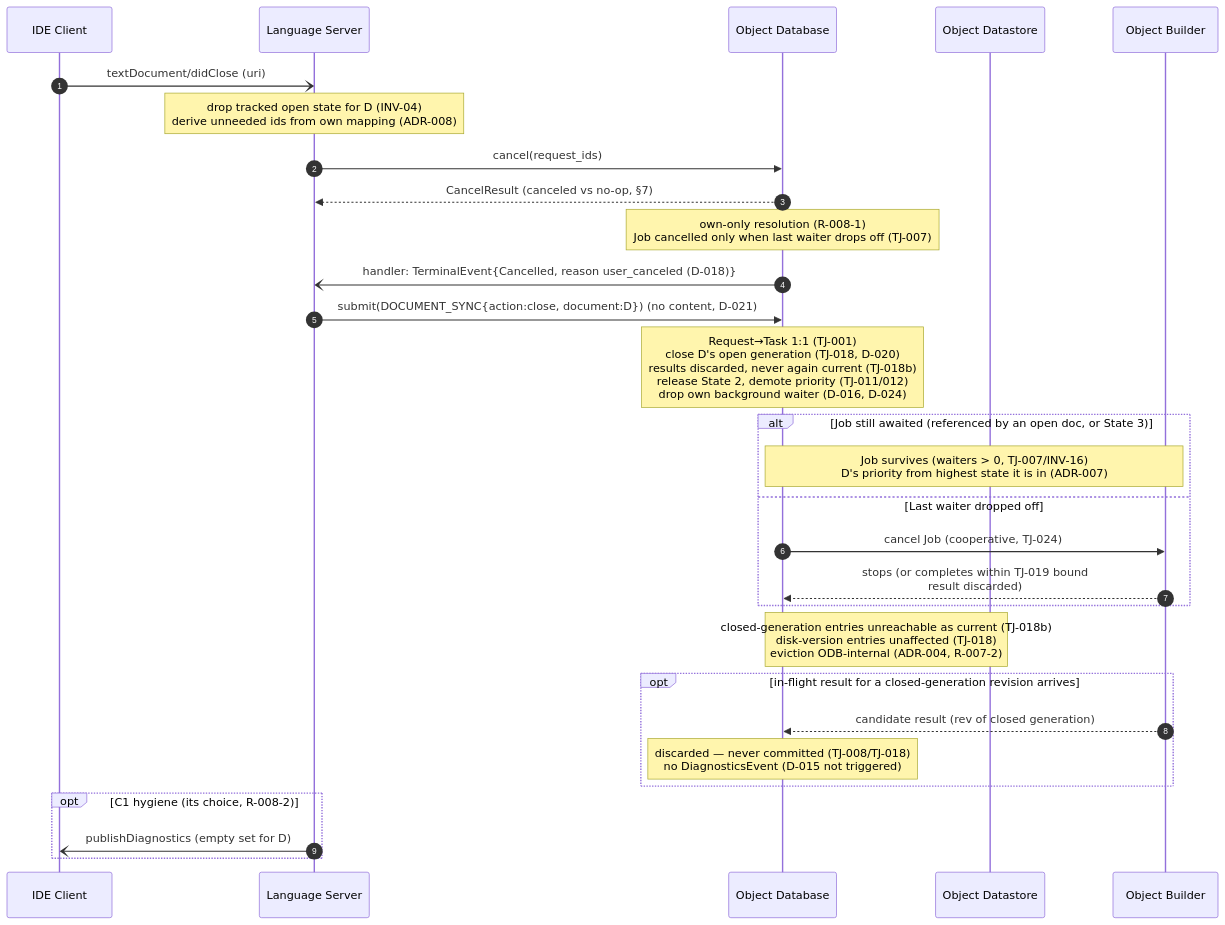
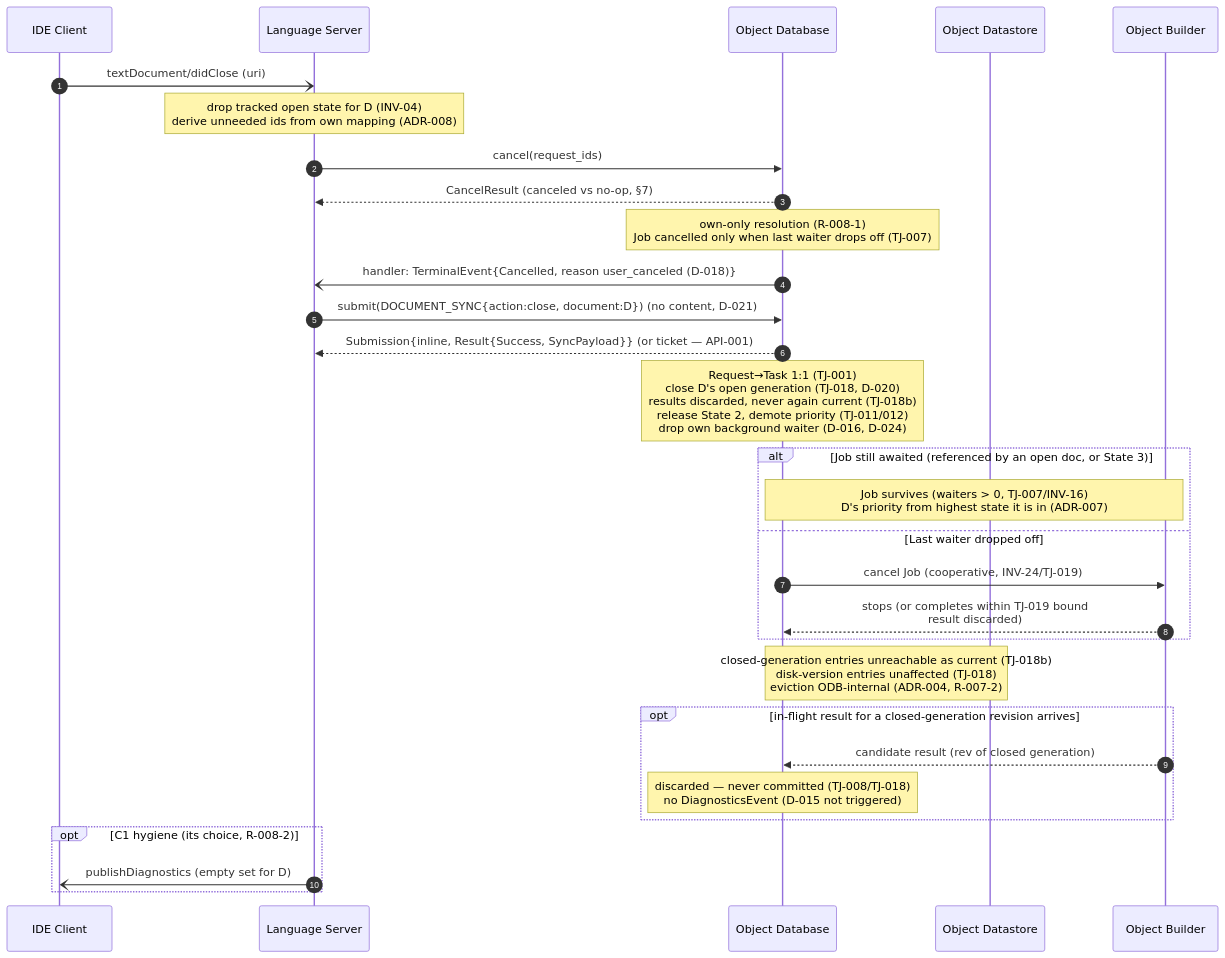
The diagram in docs/architecture/gdocServer/usecases/UC-004_CloseText.md (tyskdm/gdoc), drawn with Mermaid before and after one commit. The commit also changed other lines of this file and 1 other file, not shown here.

Commit message:
docs: UC-004 review fixes (F-01 non-existent TJ-024 -> INV-24/TJ-019; F-02 IF-004-002 reason logic per D-018/TJ-007; F-03 sequence diagram Submission return; F-04 plan.md TJ-016 typo)

````diff
--- a/docs/architecture/gdocServer/usecases/UC-004_CloseText.md
+++ b/docs/architecture/gdocServer/usecases/UC-004_CloseText.md
@@ -131,32 +131,33 @@
 ```mermaid
 sequenceDiagram
     autonumber
     participant IDE as IDE Client
     participant C1 as Language Server
     participant C2 as Object Database
     participant C3 as Object Datastore
     participant C4 as Object Builder
 
     IDE-)C1: textDocument/didClose (uri)
     Note over C1: drop tracked open state for D (INV-04)<br>derive unneeded ids from own mapping (ADR-008)
     C1->>C2: cancel(request_ids)
     C2-->>C1: CancelResult (canceled vs no-op, §7)
     Note over C2: own-only resolution (R-008-1)<br>Job cancelled only when last waiter drops off (TJ-007)
     C2-)C1: handler: TerminalEvent{Cancelled, reason user_canceled (D-018)}
     C1->>C2: submit(DOCUMENT_SYNC{action:close, document:D}) (no content, D-021)
+    C2-->>C1: Submission{inline, Result{Success, SyncPayload}} (or ticket — API-001)
     Note over C2: Request→Task 1:1 (TJ-001)<br>close D's open generation (TJ-018, D-020)<br>results discarded, never again current (TJ-018b)<br>release State 2, demote priority (TJ-011/012)<br>drop own background waiter (D-016, D-024)
     alt Job still awaited (referenced by an open doc, or State 3)
         Note over C2,C4: Job survives (waiters > 0, TJ-007/INV-16)<br>D's priority from highest state it is in (ADR-007)
     else Last waiter dropped off
-        C2->>C4: cancel Job (cooperative, TJ-024)
+        C2->>C4: cancel Job (cooperative, INV-24/TJ-019)
         C4-->>C2: stops (or completes within TJ-019 bound<br>result discarded)
     end
     Note over C2,C3: closed-generation entries unreachable as current (TJ-018b)<br>disk-version entries unaffected (TJ-018)<br>eviction ODB-internal (ADR-004, R-007-2)
     opt in-flight result for a closed-generation revision arrives
         C4-->>C2: candidate result (rev of closed generation)
         Note over C2: discarded — never committed (TJ-008/TJ-018)<br>no DiagnosticsEvent (D-015 not triggered)
     end
     opt C1 hygiene (its choice, R-008-2)
         C1-)IDE: publishDiagnostics (empty set for D)
     end
 ```
````
